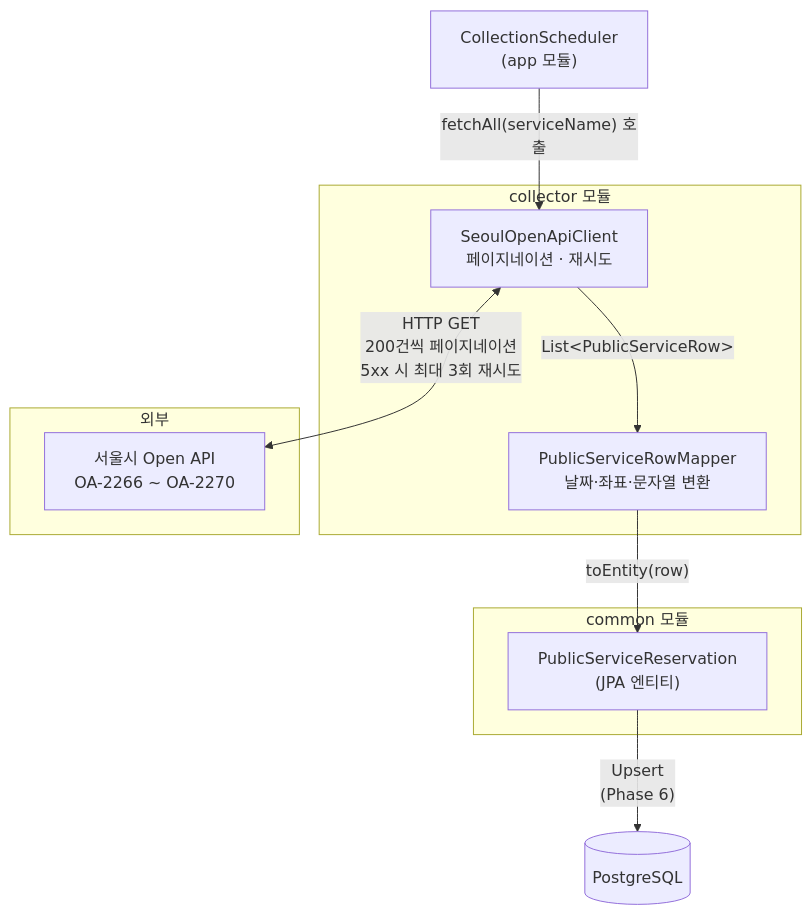
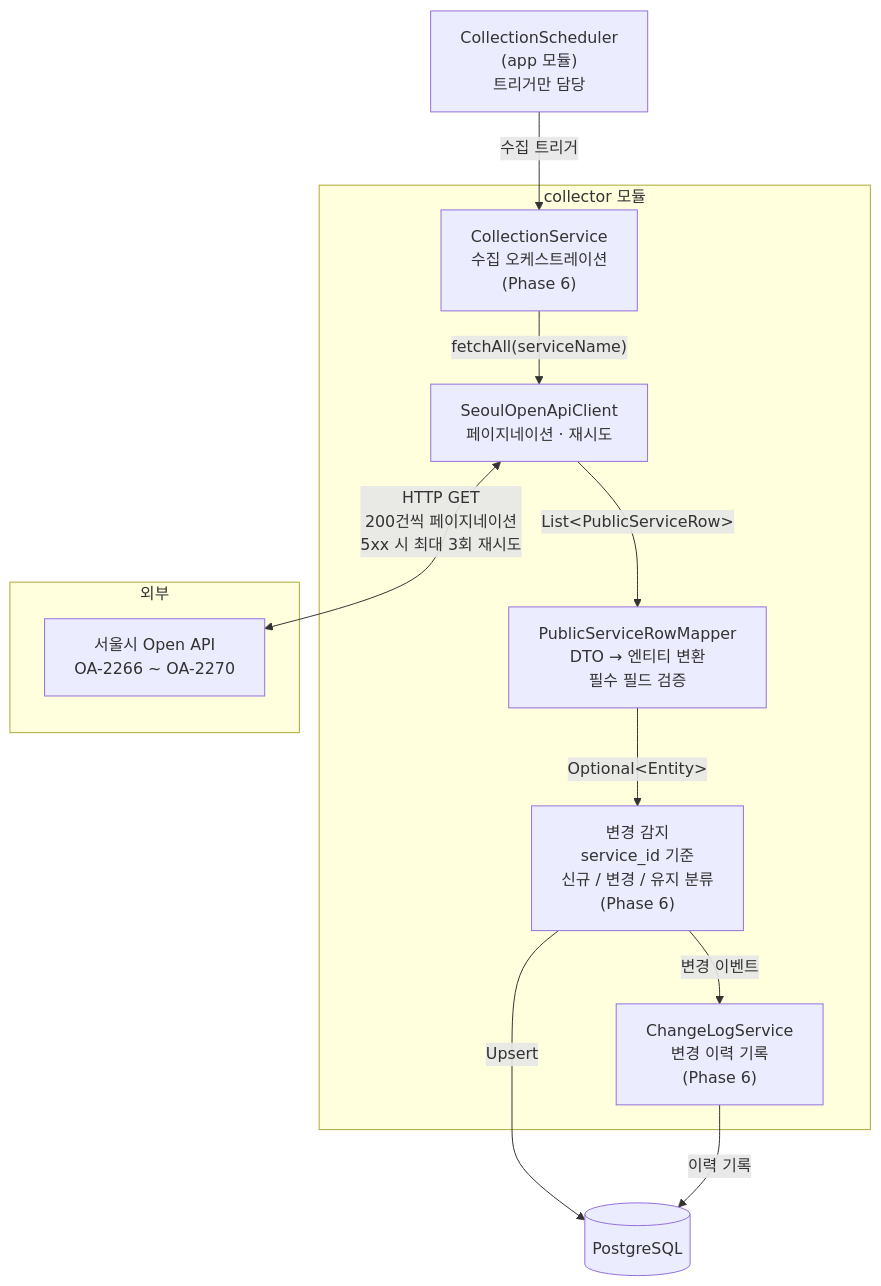
One commit to f-lab-edu/on-seoul changed the diagram in on-seoul-api/collector/README.md. Above: the diagram before and after it, drawn with Mermaid. The commit also changed other lines of this file and 3 other files, not shown here.

````diff
--- a/on-seoul-api/collector/README.md
+++ b/on-seoul-api/collector/README.md
@@ -10,25 +13,27 @@
 ```mermaid
 flowchart TD
-    Scheduler["CollectionScheduler<br/>(app 모듈)"]
+    Scheduler["CollectionScheduler<br/>(app 모듈)<br/>트리거만 담당"]
 
     subgraph collector 모듈
+        CollectionService["CollectionService<br/>수집 오케스트레이션<br/>(Phase 6)"]
         Client["SeoulOpenApiClient<br/>페이지네이션 · 재시도"]
-        Mapper["PublicServiceRowMapper<br/>날짜·좌표·문자열 변환"]
+        Mapper["PublicServiceRowMapper<br/>DTO → 엔티티 변환<br/>필수 필드 검증"]
+        ChangeDetector["변경 감지<br/>service_id 기준<br/>신규 / 변경 / 유지 분류<br/>(Phase 6)"]
+        ChangeLogService["ChangeLogService<br/>변경 이력 기록<br/>(Phase 6)"]
     end
 
     subgraph 외부
         API["서울시 Open API<br/>OA-2266 ~ OA-2270"]
     end
 
-    subgraph common 모듈
-        Entity["PublicServiceReservation<br/>(JPA 엔티티)"]
-    end
-
     DB[(PostgreSQL)]
 
-    Scheduler -->|"fetchAll(serviceName) 호출"| Client
+    Scheduler -->|"수집 트리거"| CollectionService
+    CollectionService -->|"fetchAll(serviceName)"| Client
     Client <-->|"HTTP GET<br/>200건씩 페이지네이션<br/>5xx 시 최대 3회 재시도"| API
     Client -->|"List&lt;PublicServiceRow&gt;"| Mapper
-    Mapper -->|"toEntity(row)"| Entity
-    Entity -->|"Upsert<br/>(Phase 6)"| DB
+    Mapper -->|"Optional&lt;Entity&gt;"| ChangeDetector
+    ChangeDetector -->|"Upsert"| DB
+    ChangeDetector -->|"변경 이벤트"| ChangeLogService
+    ChangeLogService -->|"이력 기록"| DB
 ```
````
